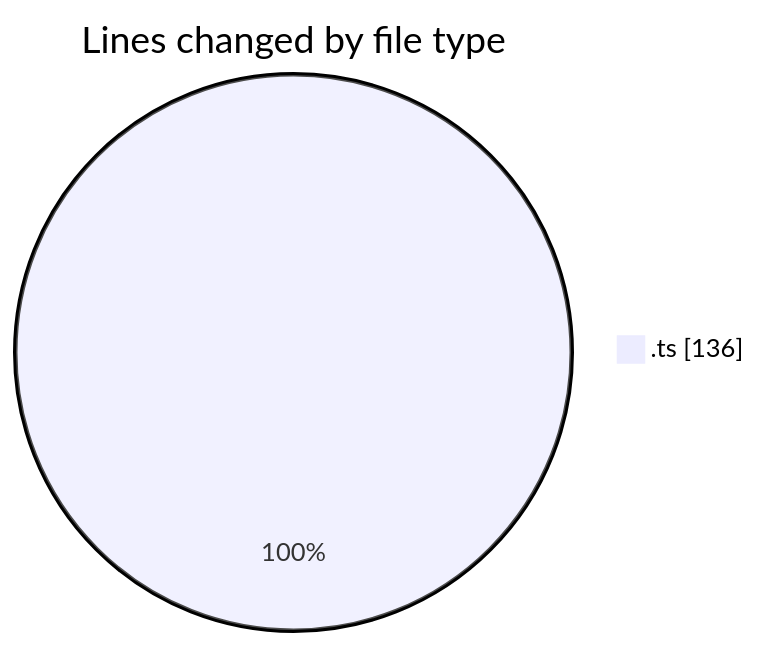
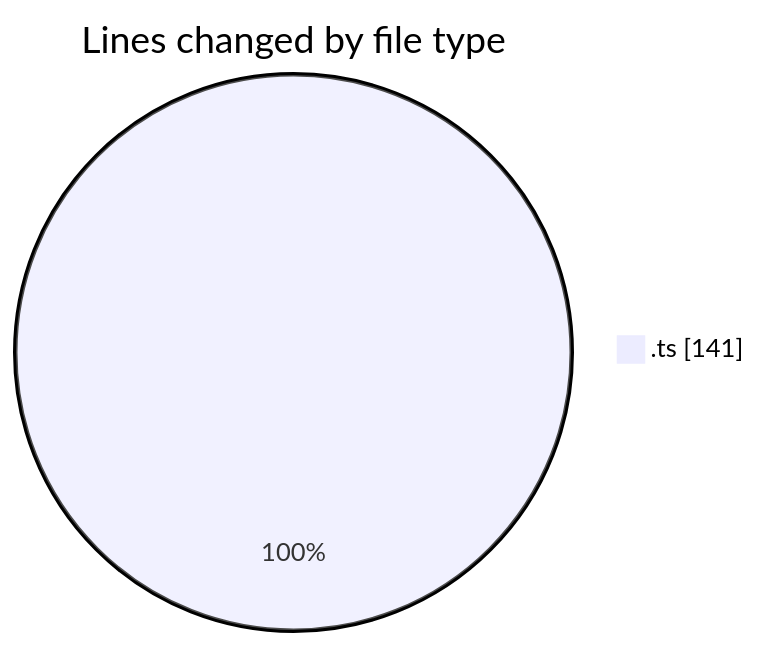
Before and after one commit to EIIisD/code-tracking: the first of 2 diagrams in 2025-07-29/shortcuts/README.md, drawn with Mermaid. The commit also changed other lines of this file and 1 other file, not shown here.

````diff
--- a/2025-07-29/shortcuts/README.md
+++ b/2025-07-29/shortcuts/README.md
@@ -20,5 +20,5 @@
 ```mermaid
 pie showData
 title Lines changed by file type
-".ts" : 136
+".ts" : 141
 ```
````
